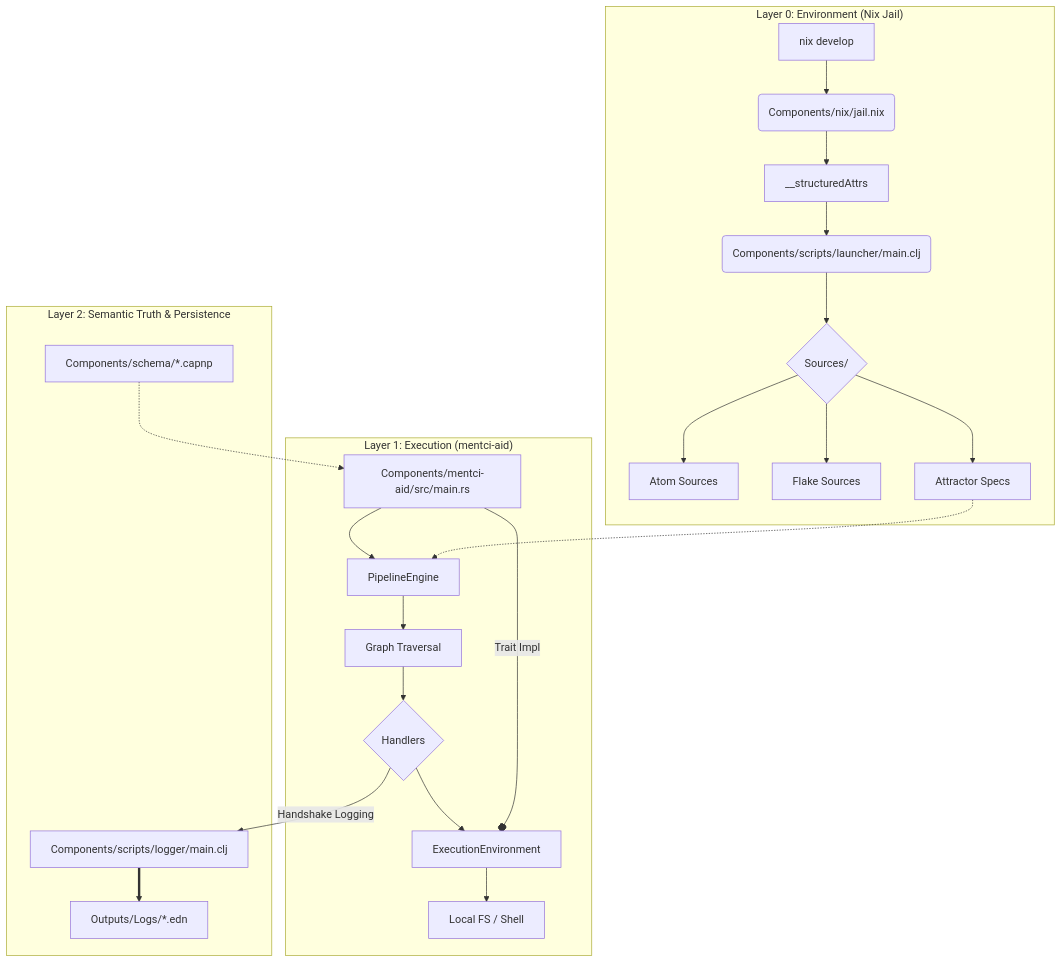
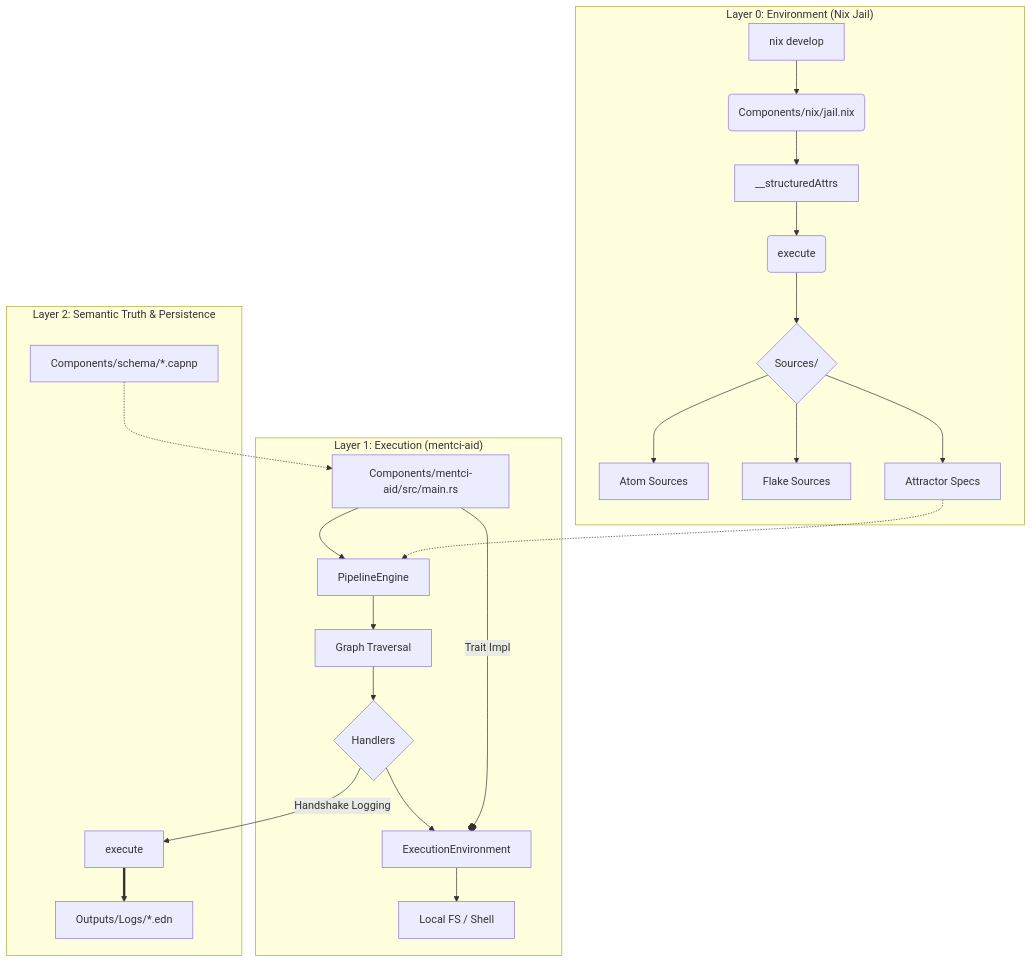
One commit to LiGoldragon/Mentci-AI changed the diagram in Library/architecture/ArchitectureMap.md. Above: the diagram before and after it, drawn with Mermaid. The commit also changed other lines of this file and 100 other files, not shown here.

````diff
--- a/Library/architecture/ArchitectureMap.md
+++ b/Library/architecture/ArchitectureMap.md
@@ -5,29 +5,29 @@
 ```mermaid
 graph TD
     subgraph "Layer 0: Environment (Nix Jail)"
         A[nix develop] --> B(Components/nix/jail.nix)
         B --> C[__structuredAttrs]
-        C --> D(Components/scripts/launcher/main.clj)
+        C --> D(execute)
         D --> E{Sources/}
         E --> E1[Atom Sources]
         E --> E2[Flake Sources]
         E --> E3[Attractor Specs]
     end
 
     subgraph "Layer 1: Execution (mentci-aid)"
         F[Components/mentci-aid/src/main.rs] --> G[PipelineEngine]
         G --> H[Graph Traversal]
         H --> I{Handlers}
         I --> J[ExecutionEnvironment]
         J --> K[Local FS / Shell]
     end
 
     subgraph "Layer 2: Semantic Truth & Persistence"
         L[Components/schema/*.capnp] -.-> F
-        M[Components/scripts/logger/main.clj] ==> N[Outputs/Logs/*.edn]
+        M[execute] ==> N[Outputs/Logs/*.edn]
         I -- Handshake Logging --> M
     end
 
     E3 -.-> G
     F -- Trait Impl --o J
 ```
````
